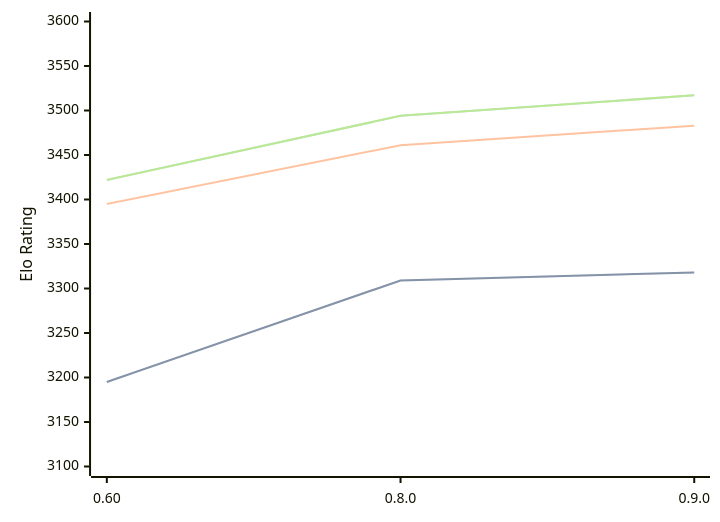
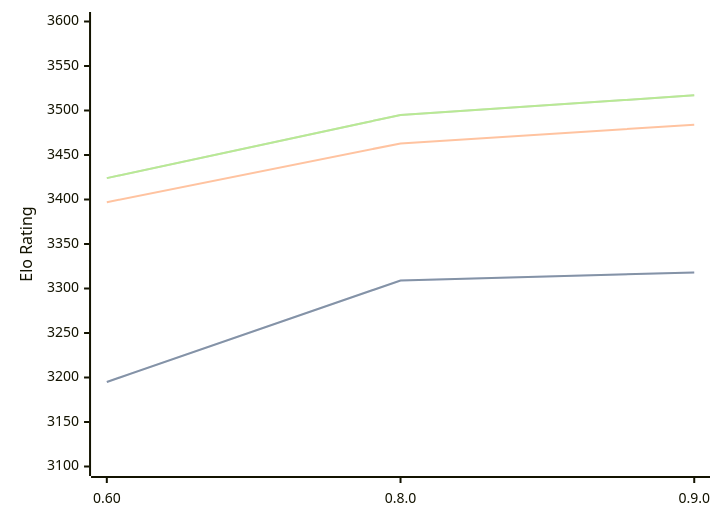
Before and after one commit to computer-chess-index/cci: the third of 3 diagrams in engines/Motor.md, drawn with Mermaid. The commit also changed other lines of this file, not shown here.

Commit message:
Update CCI Ratings (ELO VLTC) - 2026-06-23

````diff
--- a/engines/Motor.md
+++ b/engines/Motor.md
@@ -72,11 +72,11 @@
 ```mermaid
 %%{init: {"theme":"base","themeVariables":{"seriesColors:['#a3a3a3','#222221','#faa371']}}}%%
 xychart-beta
   x-axis ["0.60", "0.8.0", "0.9.0"]
   y-axis "Elo Rating" 3100 --> 3600
   line "STC (8.0+0.08s)" [3195, 3309, 3318]
   line "STC (8.0+0.08s)" [3195, 3309, 3318]
-  line "LTC (60.0+0.60s)" [3395, 3461, 3483]
-  line "VLTC (2m24s+1.12s)" [3422, 3494, 3517]
-  line "VLTC (2m24s+1.12s)" [3422, 3494, 3517]
+  line "LTC (60.0+0.60s)" [3397, 3463, 3484]
+  line "VLTC (2m24s+1.12s)" [3424, 3495, 3517]
+  line "VLTC (2m24s+1.12s)" [3424, 3495, 3517]
 ```
````
